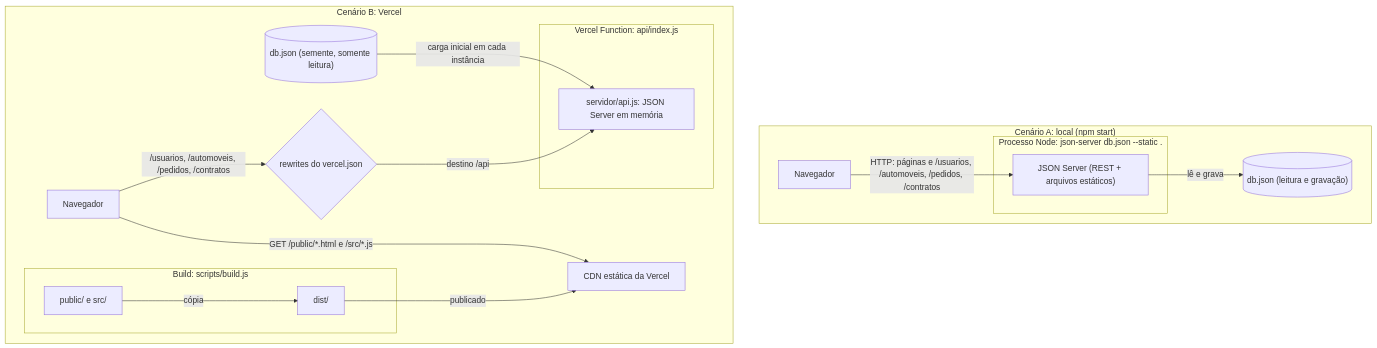
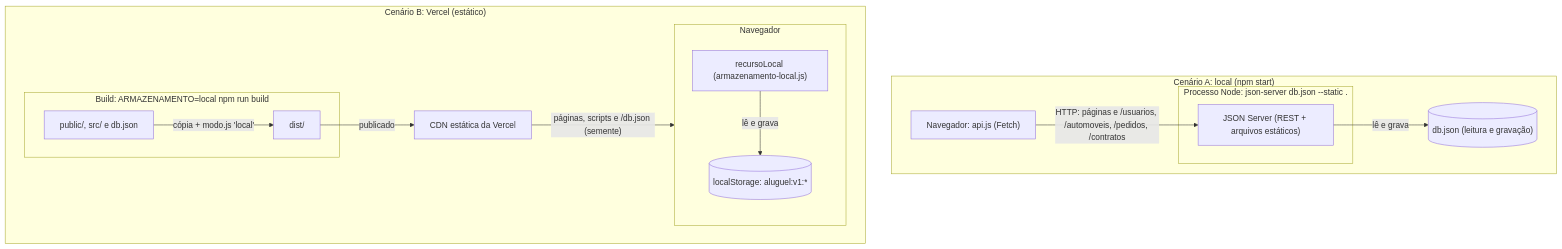
One commit to Arthur-Bicalho/DIW-Lab2 changed the second of 2 diagrams in docs/diagramas/componentes.md. Above: the diagram before and after it, drawn with Mermaid. The commit also changed other lines of this file and 3 other files, not shown here.

Commit message:
docs(uml): documenta o armazenamento no navegador e o ADR 0010

````diff
--- a/docs/diagramas/componentes.md
+++ b/docs/diagramas/componentes.md
@@ -61,32 +64,28 @@
 ```mermaid
 flowchart TB
     subgraph local["Cenário A: local (npm start)"]
-        nav1["Navegador"]
+        nav1["Navegador: api.js (Fetch)"]
         subgraph proc["Processo Node: json-server db.json --static ."]
             js1["JSON Server (REST + arquivos estáticos)"]
         end
         db1[("db.json (leitura e gravação)")]
         nav1 -- "HTTP: páginas e /usuarios, /automoveis, /pedidos, /contratos" --> js1
         js1 -- "lê e grava" --> db1
     end
 
-    subgraph vercel["Cenário B: Vercel"]
-        nav2["Navegador"]
-        subgraph build["Build: scripts/build.js"]
-            fonte["public/ e src/"]
+    subgraph vercel["Cenário B: Vercel (estático)"]
+        subgraph build["Build: ARMAZENAMENTO=local npm run build"]
+            fonte["public/, src/ e db.json"]
             dist["dist/"]
-            fonte -- "cópia" --> dist
+            fonte -- "cópia + modo.js 'local'" --> dist
         end
         cdn["CDN estática da Vercel"]
-        rw{"rewrites do vercel.json"}
-        subgraph fn["Vercel Function: api/index.js"]
-            api2["servidor/api.js: JSON Server em memória"]
+        subgraph nav2["Navegador"]
+            rl["recursoLocal (armazenamento-local.js)"]
+            ls[("localStorage: aluguel:v1:*")]
         end
-        seed[("db.json (semente, somente leitura)")]
         dist -- "publicado" --> cdn
-        nav2 -- "GET /public/*.html e /src/*.js" --> cdn
-        nav2 -- "/usuarios, /automoveis, /pedidos, /contratos" --> rw
-        rw -- "destino /api" --> api2
-        seed -- "carga inicial em cada instância" --> api2
+        cdn -- "páginas, scripts e /db.json (semente)" --> nav2
+        rl -- "lê e grava" --> ls
     end
 ```
````
